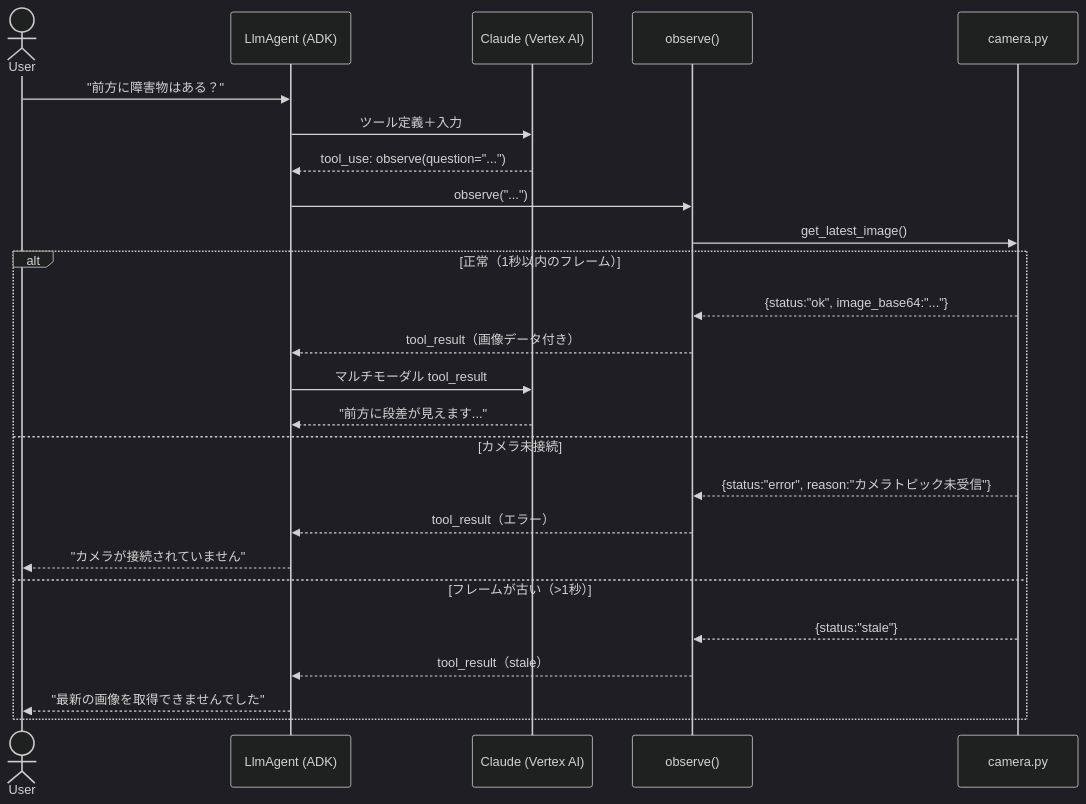
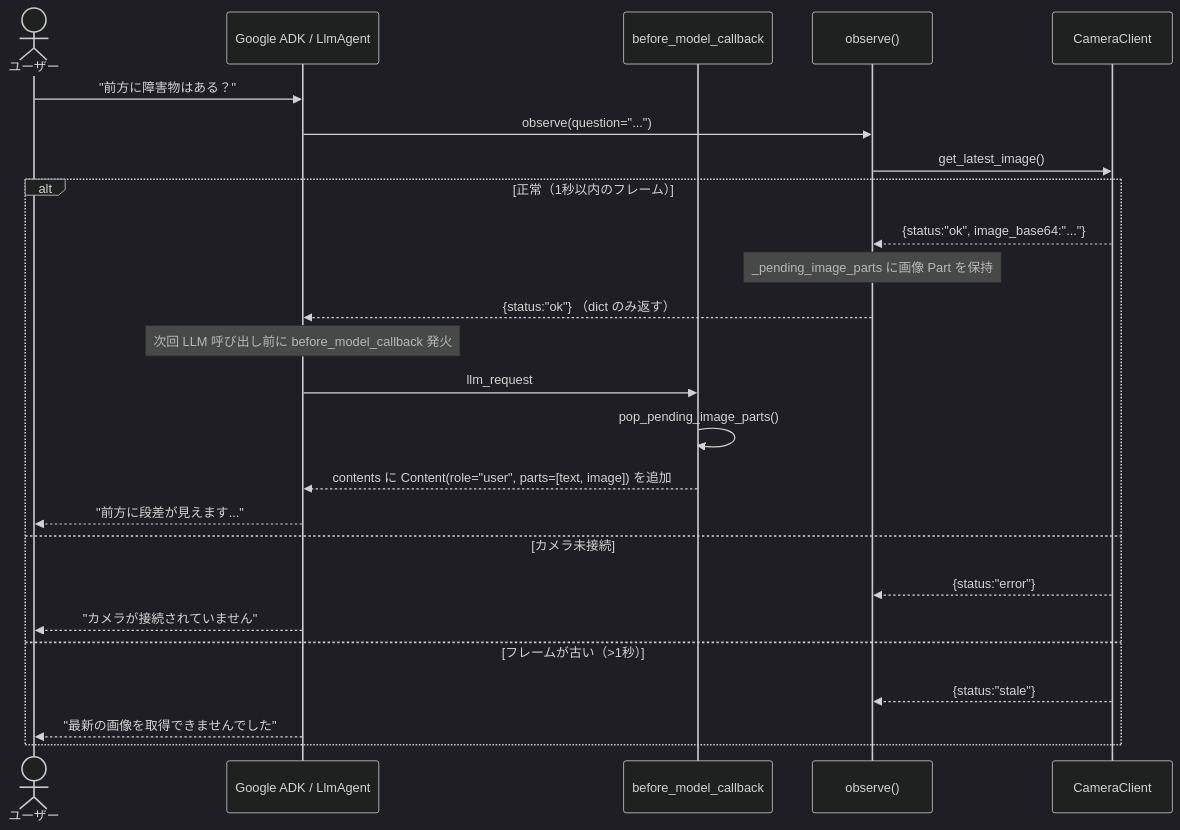
One commit to sato-susumu/susumu_agent changed the sixth of 10 diagrams in docs/Design.md. Above: the diagram before and after it, drawn with Mermaid (dark theme). The commit also changed other lines of this file and 18 other files, not shown here.

````diff
--- a/docs/Design.md
+++ b/docs/Design.md
@@ -467,28 +371,28 @@
 ```mermaid
 sequenceDiagram
-    actor User
-    participant Agent as LlmAgent (ADK)
-    participant Claude as Claude (Vertex AI)
-    participant ObserveTool as observe()
-    participant Camera as camera.py
+    actor User as ユーザー
+    participant ADK as Google ADK / LlmAgent
+    participant CB as before_model_callback
+    participant Tool as observe()
+    participant Camera as CameraClient
 
-    User->>Agent: "前方に障害物はある？"
-    Agent->>Claude: ツール定義＋入力
-    Claude-->>Agent: tool_use: observe(question="...")
-    Agent->>ObserveTool: observe("...")
-    ObserveTool->>Camera: get_latest_image()
+    User->>ADK: "前方に障害物はある？"
+    ADK->>Tool: observe(question="...")
+    Tool->>Camera: get_latest_image()
     alt 正常（1秒以内のフレーム）
-        Camera-->>ObserveTool: {status:"ok", image_base64:"..."}
-        ObserveTool-->>Agent: tool_result（画像データ付き）
-        Agent->>Claude: マルチモーダル tool_result
-        Claude-->>Agent: "前方に段差が見えます..."
+        Camera-->>Tool: {status:"ok", image_base64:"..."}
+        Note over Tool: _pending_image_parts に画像 Part を保持
+        Tool-->>ADK: {status:"ok"} （dict のみ返す）
+        Note over ADK: 次回 LLM 呼び出し前に before_model_callback 発火
+        ADK->>CB: llm_request
+        CB->>CB: pop_pending_image_parts()
+        CB-->>ADK: contents に Content(role="user", parts=[text, image]) を追加
+        ADK-->>User: "前方に段差が見えます..."
     else カメラ未接続
-        Camera-->>ObserveTool: {status:"error", reason:"カメラトピック未受信"}
-        ObserveTool-->>Agent: tool_result（エラー）
-        Agent-->>User: "カメラが接続されていません"
+        Camera-->>Tool: {status:"error"}
+        ADK-->>User: "カメラが接続されていません"
     else フレームが古い（>1秒）
-        Camera-->>ObserveTool: {status:"stale"}
-        ObserveTool-->>Agent: tool_result（stale）
-        Agent-->>User: "最新の画像を取得できませんでした"
+        Camera-->>Tool: {status:"stale"}
+        ADK-->>User: "最新の画像を取得できませんでした"
     end
 ```
````
